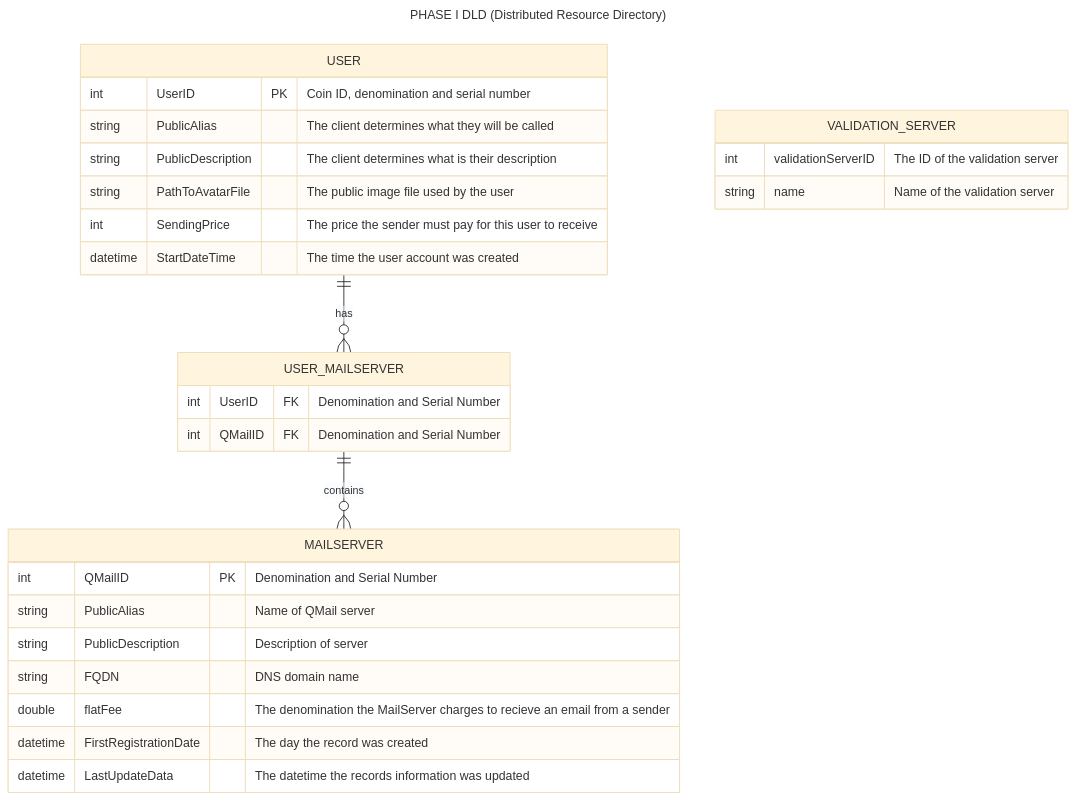
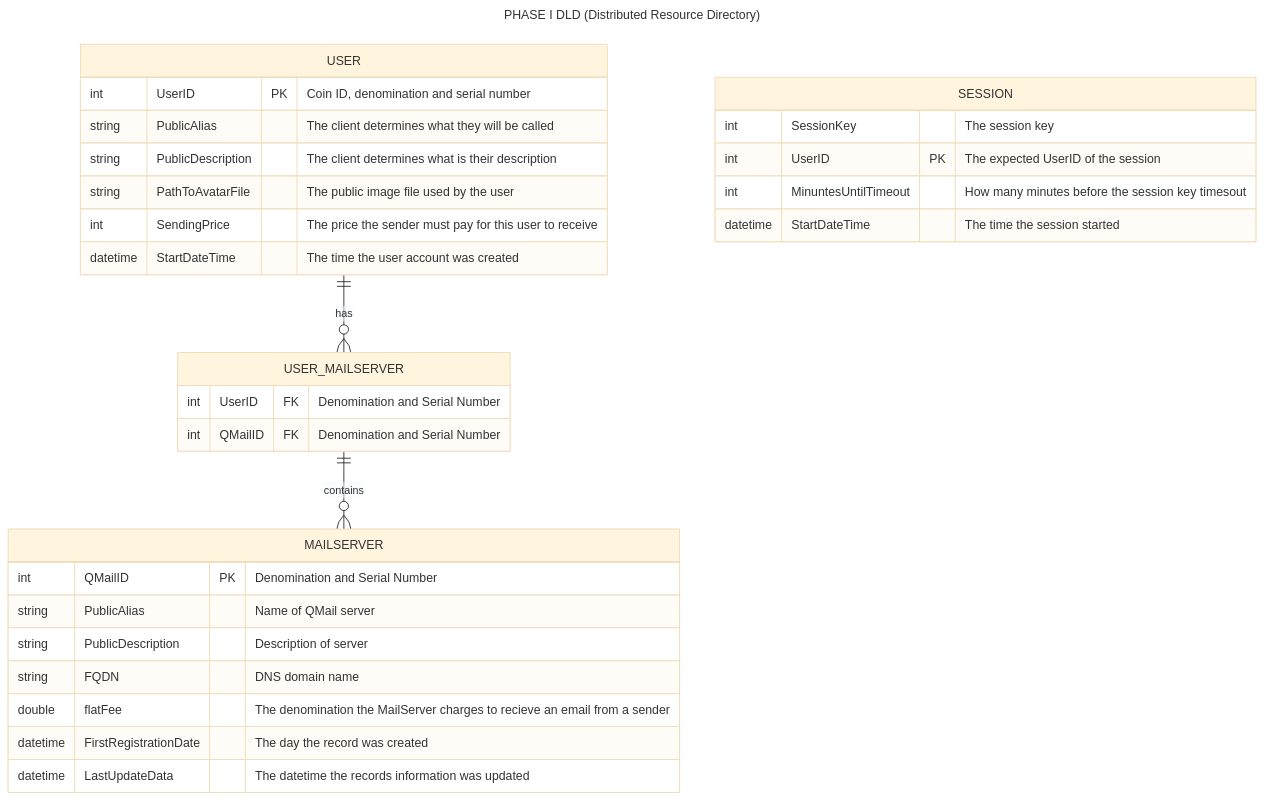
Before and after one commit to worthingtonse/client-prompts: the diagram in Ideas In Progress/QMAIL/phase-I-drd.md, drawn with Mermaid (base theme).

````diff
--- a/Ideas In Progress/QMAIL/phase-I-drd.md
+++ b/Ideas In Progress/QMAIL/phase-I-drd.md
@@ -25,41 +25,41 @@
 ```mermaid
 ---
 title: PHASE I DLD (Distributed Resource Directory)
 ---
 erDiagram
 
     USER {
         int UserID PK "Coin ID, denomination and serial number"
         string PublicAlias "The client determines what they will be called"
         string PublicDescription "The client determines what is their description"
         string PathToAvatarFile "The public image file used by the user"
         int SendingPrice "The price the sender must pay for this user to receive"
         datetime StartDateTime "The time the user account was created"
     }
 
-
-   VALIDATION_SERVER {
-
-       int validationServerID "The ID of the validation server"
-       string name "Name of the validation server"
-  }
+    SESSION {
+        int SessionKey "The session key"
+        int UserID PK "The expected UserID of the session"
+        int MinuntesUntilTimeout "How many minutes before the session key timesout"
+        datetime StartDateTime "The time the session started"
+    }
 
     USER_MAILSERVER {
         int UserID FK "Denomination and Serial Number"
         int QMailID FK "Denomination and Serial Number"
     }
 
     MAILSERVER {
         int QMailID PK "Denomination and Serial Number"
         string PublicAlias "Name of QMail server"
         string PublicDescription "Description of server"
         string FQDN "DNS domain name"
         double flatFee "The denomination the MailServer charges to recieve an email from a sender"
         datetime FirstRegistrationDate "The day the record was created"
         datetime LastUpdateData "The datetime the records information was updated"
     }
 
     USER ||--o{ USER_MAILSERVER : "has"
     USER_MAILSERVER ||--o{ MAILSERVER : "contains"
 
 ```
````
